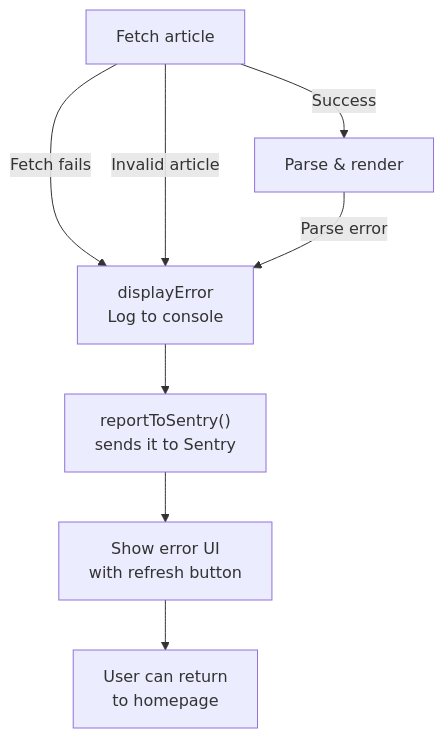
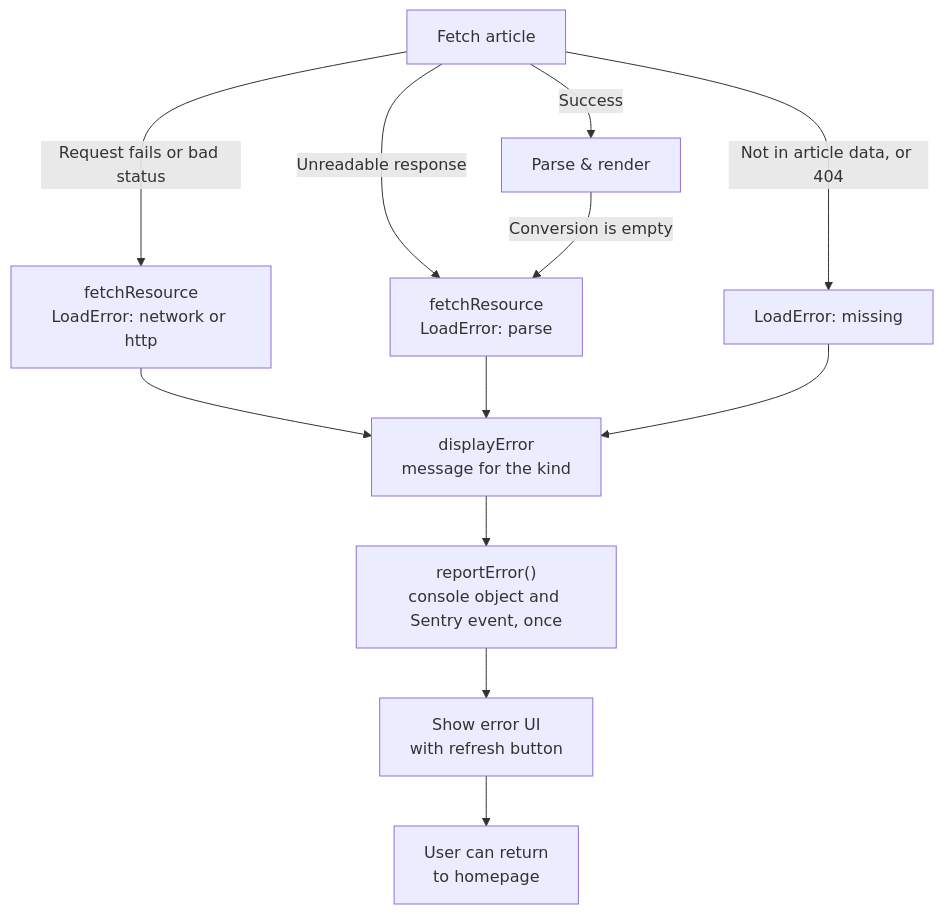
The fourth of 5 diagrams in docs/architecture/data-flow.md (AlexJSully/Small-Dev-Talk), drawn with Mermaid before and after one commit. The commit also changed other lines of this file and 17 other files, not shown here.

First line of the commit message:
Show helpful error messages and report errors with their context (#119)

````diff
--- a/docs/architecture/data-flow.md
+++ b/docs/architecture/data-flow.md
@@ -171,12 +183,16 @@
 ```mermaid
 flowchart TD
     accTitle: Error handling flow
-    accDescr: A failed or invalid fetch, or a parse error, calls displayError, which logs to the console and reports to Sentry, then shows an error UI with a refresh button and lets the user return to the homepage.
-    A["Fetch article"] -->|Success| B["Parse & render"]
-    A -->|Fetch fails| C["displayError<br/>Log to console"]
-    A -->|Invalid article| C
-    B -->|Parse error| C
-    C --> D["reportToSentry()<br/>sends it to Sentry"]
-    D --> E["Show error UI<br/>with refresh button"]
-    E --> F["User can return<br/>to homepage"]
+    accDescr: A failed or invalid fetch, a parse error, or a missing article or article file becomes a LoadError with a kind. displayError passes it to reportError, which logs it to the console and reports it to Sentry once, then shows the message for the kind with a refresh button and lets the user return to the homepage.
+    A["Fetch article"] -->|Request fails or bad status| B["fetchResource<br/>LoadError: network or http"]
+    A -->|Unreadable response| B2["fetchResource<br/>LoadError: parse"]
+    A -->|Not in article data, or 404| B3["LoadError: missing"]
+    A -->|Success| C["Parse & render"]
+    C -->|Conversion is empty| B2
+    B --> D["displayError<br/>message for the kind"]
+    B2 --> D
+    B3 --> D
+    D --> E["reportError()<br/>console object and Sentry event, once"]
+    E --> F["Show error UI<br/>with refresh button"]
+    F --> G["User can return<br/>to homepage"]
 ```
````
